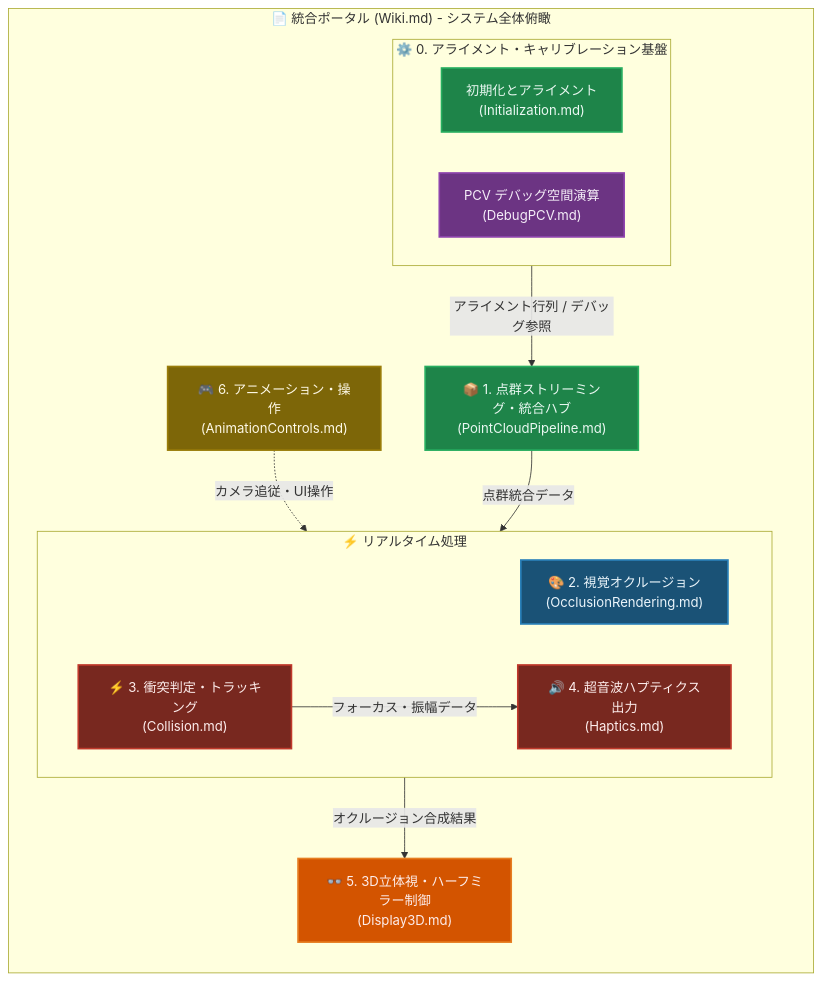
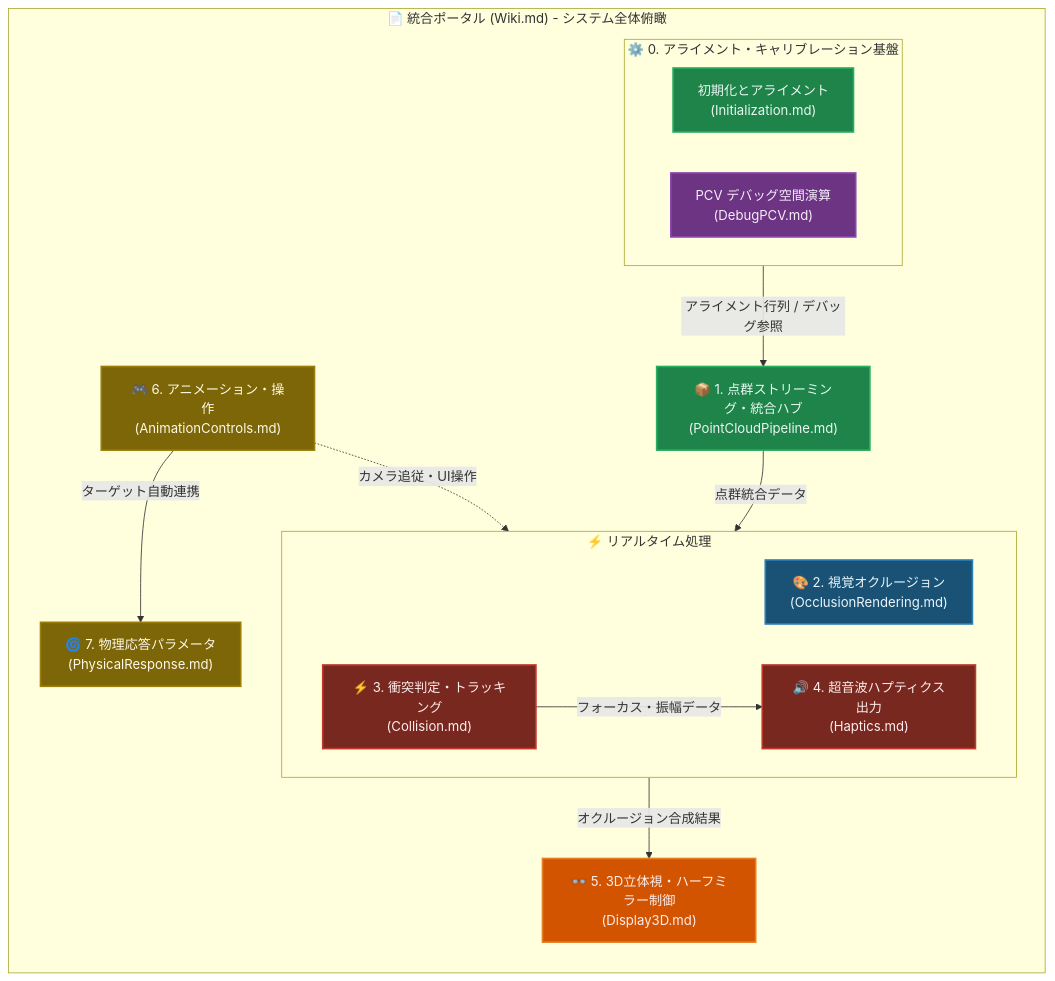
The diagram in Docs/Wiki.md (kotetsuOU/HandTrakingDemo), drawn with Mermaid before and after one commit. The commit also changed other lines of this file and 8 other files, not shown here.

````diff
--- a/Docs/Wiki.md
+++ b/Docs/Wiki.md
@@ -13,41 +13,43 @@
 ```mermaid
 graph TD
     %% スタイル定義
     classDef render fill:#1A5276,stroke:#2980B9,stroke-width:2px,color:#EBF5FB;
     classDef haptic fill:#78281F,stroke:#C0392B,stroke-width:2px,color:#FDEDEC;
     classDef debug fill:#6C3483,stroke:#8E44AD,stroke-width:2px,color:#F5EEF8;
     classDef common fill:#1E8449,stroke:#27AE60,stroke-width:2px,color:#EAF8F2;
     classDef display fill:#D35400,stroke:#E67E22,stroke-width:2px,color:#FDEDEC;
     classDef control fill:#7D6608,stroke:#9A7D0A,stroke-width:2px,color:#FEF9E7;
 
     subgraph WIKI ["📄 統合ポータル (Wiki.md) - システム全体俯瞰"]
         direction TD
 
         subgraph Calibration ["⚙️ 0. アライメント・キャリブレーション基盤"]
             direction LR
             InitNode["初期化とアライメント<br/>(Initialization.md)"]:::common
             DebugNode["PCV デバッグ空間演算<br/>(DebugPCV.md)"]:::debug
         end
 
         PointCloudNode["📦 1. 点群ストリーミング・統合ハブ<br/>(PointCloudPipeline.md)"]:::common
         
         subgraph RealTimeProcessing ["⚡ リアルタイム処理"]
             direction LR
             RenderNode["🎨 2. 視覚オクルージョン<br/>(OcclusionRendering.md)"]:::render
             HapticsNode["⚡ 3. 衝突判定・トラッキング<br/>(Collision.md)"]:::haptic
             AutdNode["🔊 4. 超音波ハプティクス出力<br/>(Haptics.md)"]:::haptic
         end
 
         DisplayNode["👓 5. 3D立体視・ハーフミラー制御<br/>(Display3D.md)"]:::display
         ControlNode["🎮 6. アニメーション・操作<br/>(AnimationControls.md)"]:::control
+        PhysicsNode["🌀 7. 物理応答パラメータ<br/>(PhysicalResponse.md)"]:::control
 
         %% パイプラインデータフロー
         Calibration -->|"アライメント行列 / デバッグ参照"| PointCloudNode
         PointCloudNode -->|"点群統合データ"| RealTimeProcessing
         HapticsNode -->|"フォーカス・振幅データ"| AutdNode
         RenderNode -->|"オクルージョン合成結果"| DisplayNode
         
         %% 独立した制御系
         ControlNode -.->|"カメラ追従・UI操作"| RenderNode
+        ControlNode -->|"ターゲット自動連携"| PhysicsNode
     end
 ```
````
